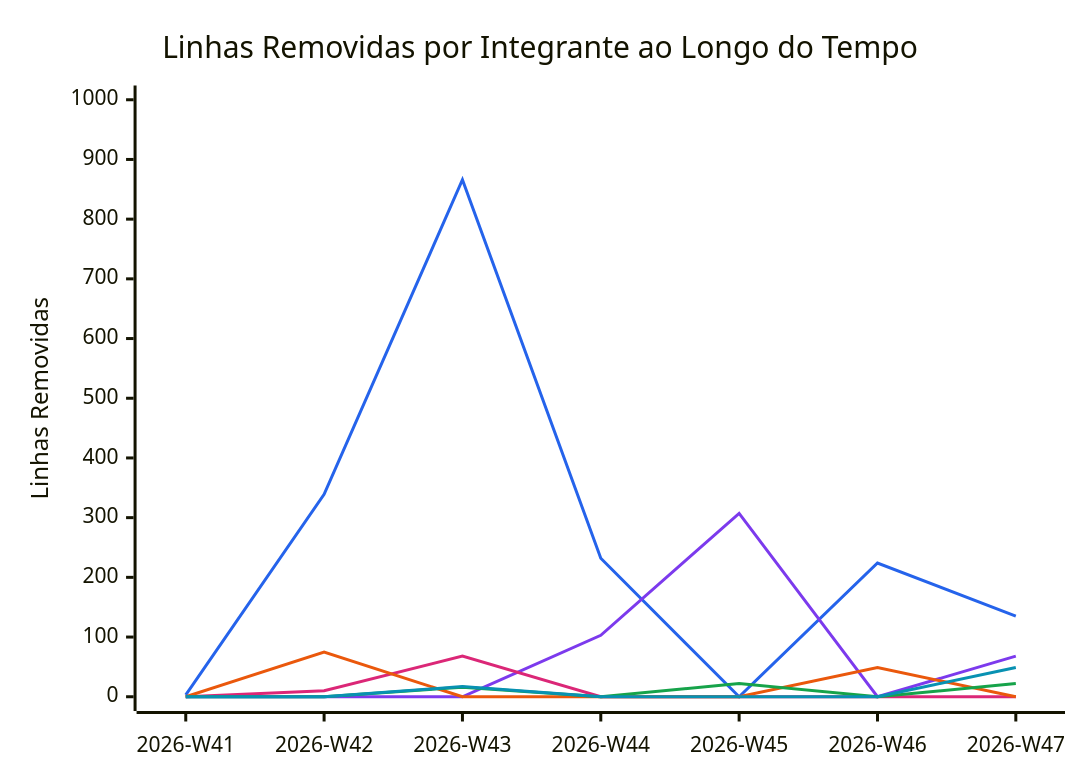
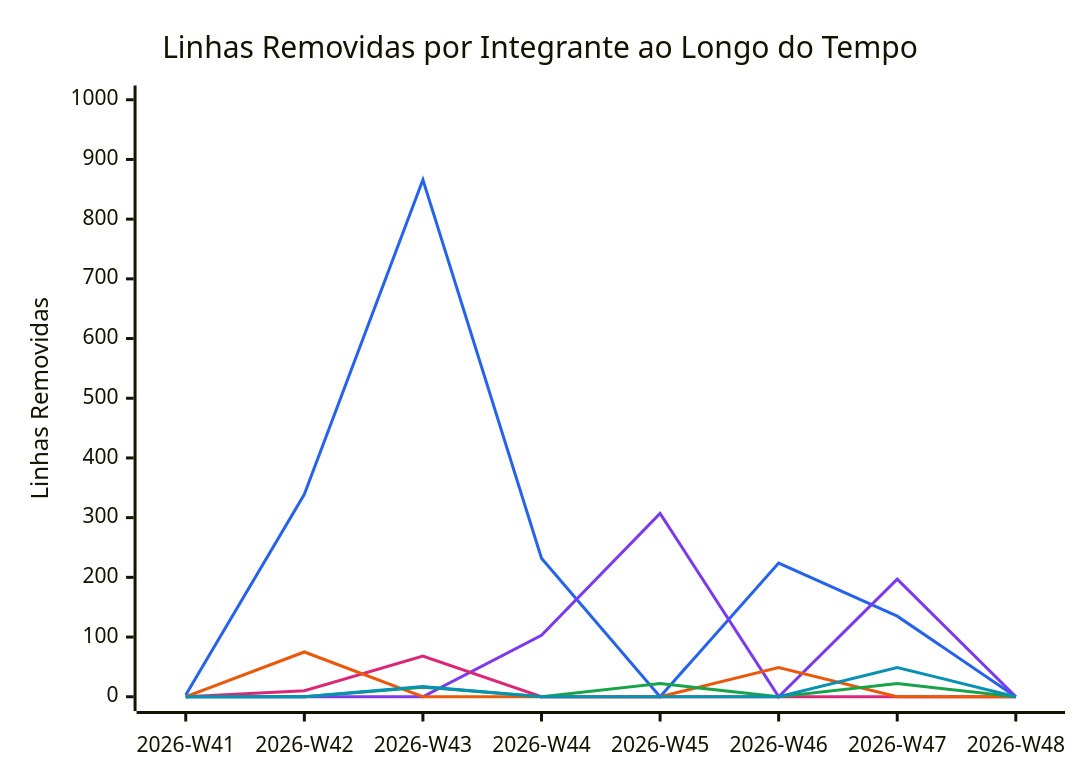
Before and after one commit to FCTE-Qualidade-de-Software-1/2026-2_T01_FRANS_BILAS: the diagram in documentation/snippets/management/code-deletions.mmd, drawn with Mermaid. The commit also changed 5 other files, not shown here.

```diff
--- a/documentation/snippets/management/code-deletions.mmd
+++ b/documentation/snippets/management/code-deletions.mmd
@@ -1,11 +1,11 @@
 %%{init: {"themeVariables": {"xyChart": {"plotColorPalette": "#2563eb, #7c3aed, #db2777, #ea580c, #16a34a, #0891b2"}}}}%%
 xychart-beta
     title "Linhas Removidas por Integrante ao Longo do Tempo"
-    x-axis ["2026-W41", "2026-W42", "2026-W43", "2026-W44", "2026-W45", "2026-W46", "2026-W47"]
+    x-axis ["2026-W41", "2026-W42", "2026-W43", "2026-W44", "2026-W45", "2026-W46", "2026-W47", "2026-W48"]
     y-axis "Linhas Removidas" 0 --> 1000
-    line [3, 339, 866, 232, 0, 224, 135]
-    line [0, 0, 0, 103, 307, 0, 68]
-    line [0, 10, 68, 0, 0, 0, 0]
-    line [0, 75, 0, 0, 0, 49, 0]
-    line [0, 0, 16, 0, 22, 0, 22]
-    line [0, 0, 17, 0, 0, 0, 49]
+    line [3, 339, 866, 232, 0, 224, 135, 0]
+    line [0, 0, 0, 103, 307, 0, 197, 0]
+    line [0, 10, 68, 0, 0, 0, 0, 0]
+    line [0, 75, 0, 0, 0, 49, 0, 0]
+    line [0, 0, 16, 0, 22, 0, 22, 0]
+    line [0, 0, 17, 0, 0, 0, 49, 0]
```
